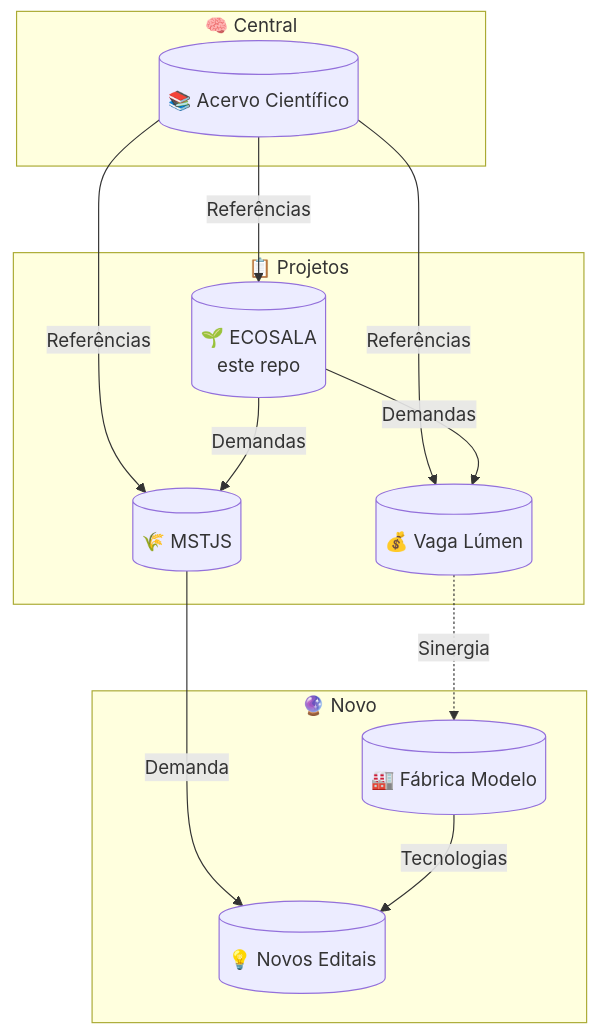
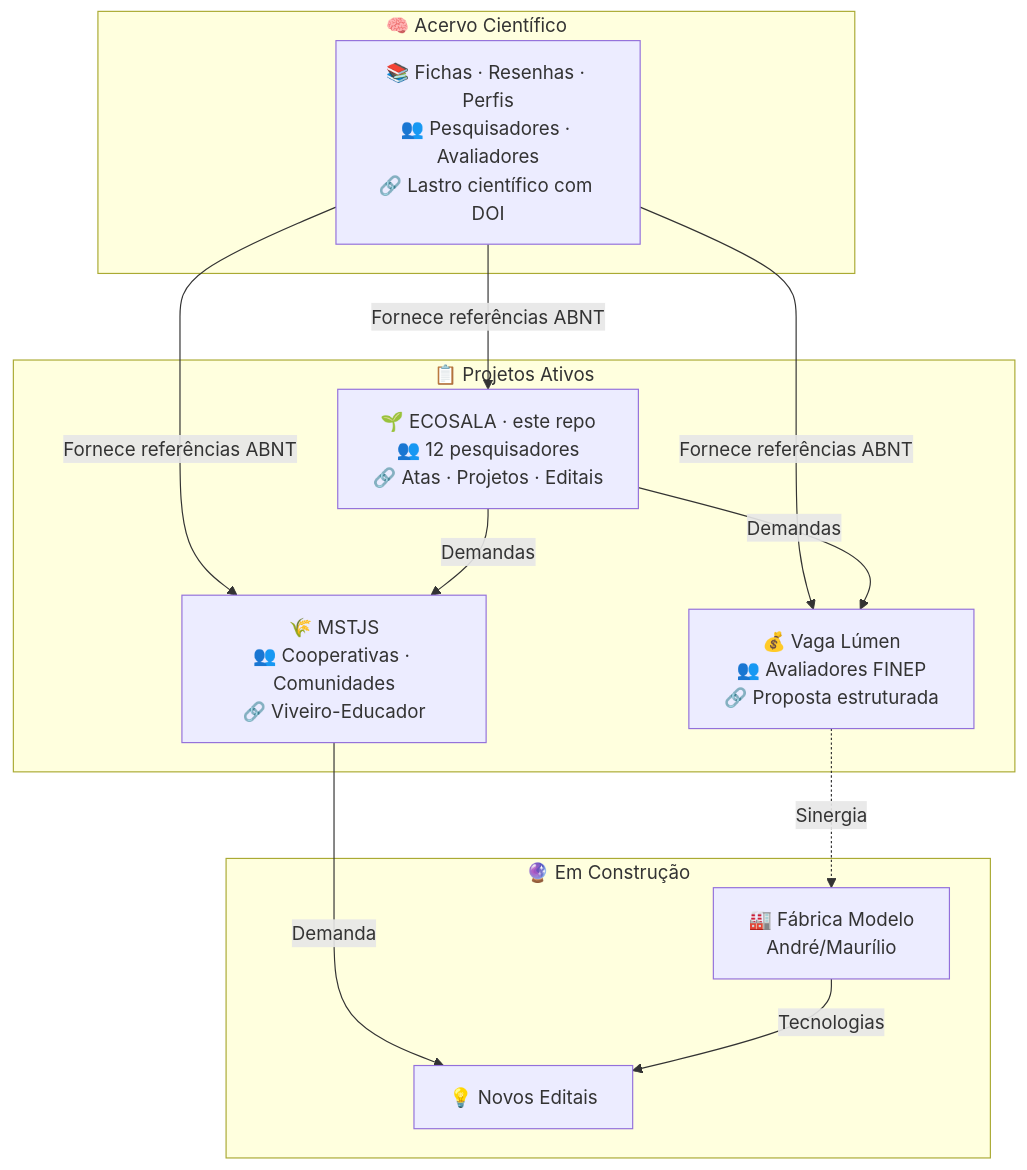
Before and after one commit to takwaratec/ECOSALA: the diagram in README.md, drawn with Mermaid. The commit also changed other lines of this file, not shown here.

Commit message:
feat: nova intro Morin + 7 Licoes Bambu, aviso seletivo, Mermaid com identidade/publico/relacao

````diff
--- a/README.md
+++ b/README.md
@@ -123,23 +106,23 @@
 ```mermaid
 flowchart TB
-    subgraph Central["🧠 Central"]
-        AC[("📚 Acervo Científico")]
+    subgraph Central["🧠 Acervo Científico"]
+        AC["📚 Fichas · Resenhas · Perfis<br/>👥 Pesquisadores · Avaliadores<br/>🔗 Lastro científico com DOI"]
     end
-    subgraph Ativos["📋 Projetos"]
-        EC[("🌱 ECOSALA<br/>este repo")]
-        VL[("💰 Vaga Lúmen")]
-        MJ[("🌾 MSTJS")]
+    subgraph Projetos["📋 Projetos Ativos"]
+        EC["🌱 ECOSALA · este repo<br/>👥 12 pesquisadores<br/>🔗 Atas · Projetos · Editais"]
+        VL["💰 Vaga Lúmen<br/>👥 Avaliadores FINEP<br/>🔗 Proposta estruturada"]
+        MJ["🌾 MSTJS<br/>👥 Cooperativas · Comunidades<br/>🔗 Viveiro-Educador"]
     end
-    subgraph Futuro["🔮 Novo"]
-        FM[("🏭 Fábrica Modelo")]
-        NB[("💡 Novos Editais")]
+    subgraph Futuro["🔮 Em Construção"]
+        FM["🏭 Fábrica Modelo<br/>André/Maurílio"]
+        NB["💡 Novos Editais"]
     end
-    AC -->|Referências| EC
-    AC -->|Referências| VL
-    AC -->|Referências| MJ
-    EC -->|Demandas| VL
-    EC -->|Demandas| MJ
-    VL -.->|Sinergia| FM
-    MJ -->|Demanda| NB
-    FM -->|Tecnologias| NB
+    AC -->|"Fornece referências ABNT"| EC
+    AC -->|"Fornece referências ABNT"| VL
+    AC -->|"Fornece referências ABNT"| MJ
+    EC -->|"Demandas"| VL
+    EC -->|"Demandas"| MJ
+    VL -.->|"Sinergia"| FM
+    MJ -->|"Demanda"| NB
+    FM -->|"Tecnologias"| NB
 ```
````
